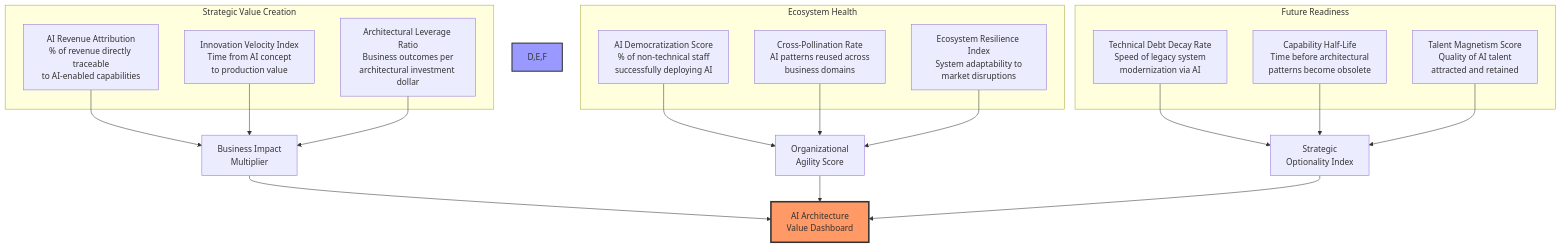
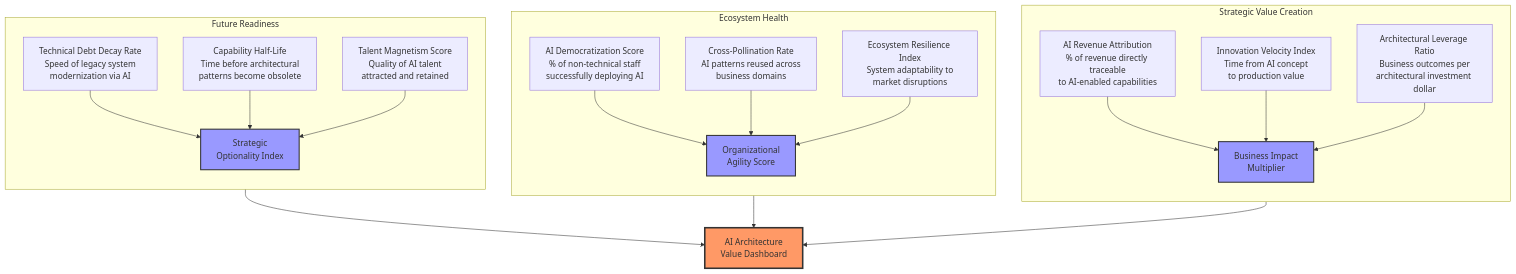
The tenth of 13 diagrams in cio-june.md (AliceNN-ucdenver/Iasa), drawn with Mermaid before and after one commit.

````diff
--- a/cio-june.md
+++ b/cio-june.md
@@ -453,29 +453,36 @@
 ```mermaid
-flowchart TD
-    subgraph "Strategic Value Creation"
-        A1["AI Revenue Attribution<br>% of revenue directly traceable<br>to AI-enabled capabilities"] 
-        A2["Innovation Velocity Index<br>Time from AI concept<br>to production value"]
-        A3["Architectural Leverage Ratio<br>Business outcomes per<br>architectural investment dollar"]
-    end
-    
-    subgraph "Ecosystem Health"
-        B1["AI Democratization Score<br>% of non-technical staff<br>successfully deploying AI"]
-        B2["Cross-Pollination Rate<br>AI patterns reused across<br>business domains"]
-        B3["Ecosystem Resilience Index<br>System adaptability to<br>market disruptions"]
-    end
-    
-    subgraph "Future Readiness"
-        C1["Technical Debt Decay Rate<br>Speed of legacy system<br>modernization via AI"]
-        C2["Capability Half-Life<br>Time before architectural<br>patterns become obsolete"]
-        C3["Talent Magnetism Score<br>Quality of AI talent<br>attracted and retained"]
-    end
-    
-    A1 & A2 & A3 --> D["Business Impact<br>Multiplier"]
-    B1 & B2 & B3 --> E["Organizational<br>Agility Score"]
-    C1 & C2 & C3 --> F["Strategic<br>Optionality Index"]
-    
-    D & E & F --> G["AI Architecture<br>Value Dashboard"]
-    
-    style G fill:#f96,stroke:#333,stroke-width:3px
-    style D,E,F fill:#99f,stroke:#333,stroke-width:2px
+flowchart TB
+  %% Stack the three metric groups vertically
+  subgraph "Strategic Value Creation"
+    direction TB
+    A1["AI Revenue Attribution<br/>% of revenue directly traceable<br/>to AI-enabled capabilities"]
+    A2["Innovation Velocity Index<br/>Time from AI concept<br/>to production value"]
+    A3["Architectural Leverage Ratio<br/>Business outcomes per<br/>architectural investment dollar"]
+    A1 & A2 & A3 --> D["Business Impact<br/>Multiplier"]
+  end
+
+  subgraph "Ecosystem Health"
+    direction TB
+    B1["AI Democratization Score<br/>% of non-technical staff<br/>successfully deploying AI"]
+    B2["Cross-Pollination Rate<br/>AI patterns reused across<br/>business domains"]
+    B3["Ecosystem Resilience Index<br/>System adaptability to<br/>market disruptions"]
+    B1 & B2 & B3 --> E["Organizational<br/>Agility Score"]
+  end
+
+  subgraph "Future Readiness"
+    direction TB
+    C1["Technical Debt Decay Rate<br/>Speed of legacy system<br/>modernization via AI"]
+    C2["Capability Half-Life<br/>Time before architectural<br/>patterns become obsolete"]
+    C3["Talent Magnetism Score<br/>Quality of AI talent<br/>attracted and retained"]
+    C1 & C2 & C3 --> F["Strategic<br/>Optionality Index"]
+  end
+
+  %% Converge into the final dashboard
+  D & E & F --> G["AI Architecture<br/>Value Dashboard"]
+
+  %% Styling
+  style G fill:#f96,stroke:#333,stroke-width:3px
+  style D fill:#99f,stroke:#333,stroke-width:2px
+  style E fill:#99f,stroke:#333,stroke-width:2px
+  style F fill:#99f,stroke:#333,stroke-width:2px
 ```
````
